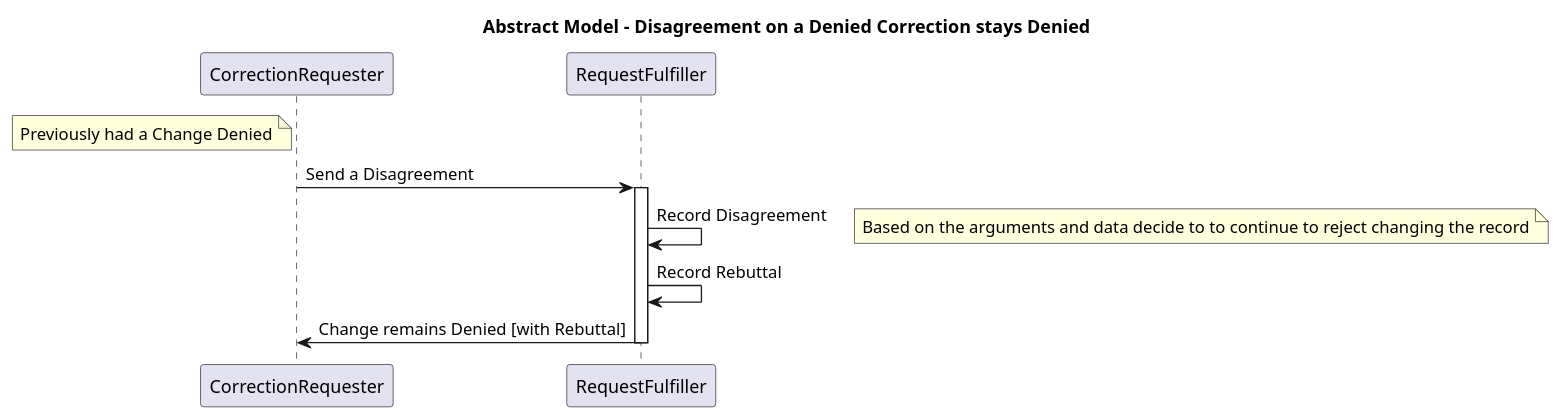
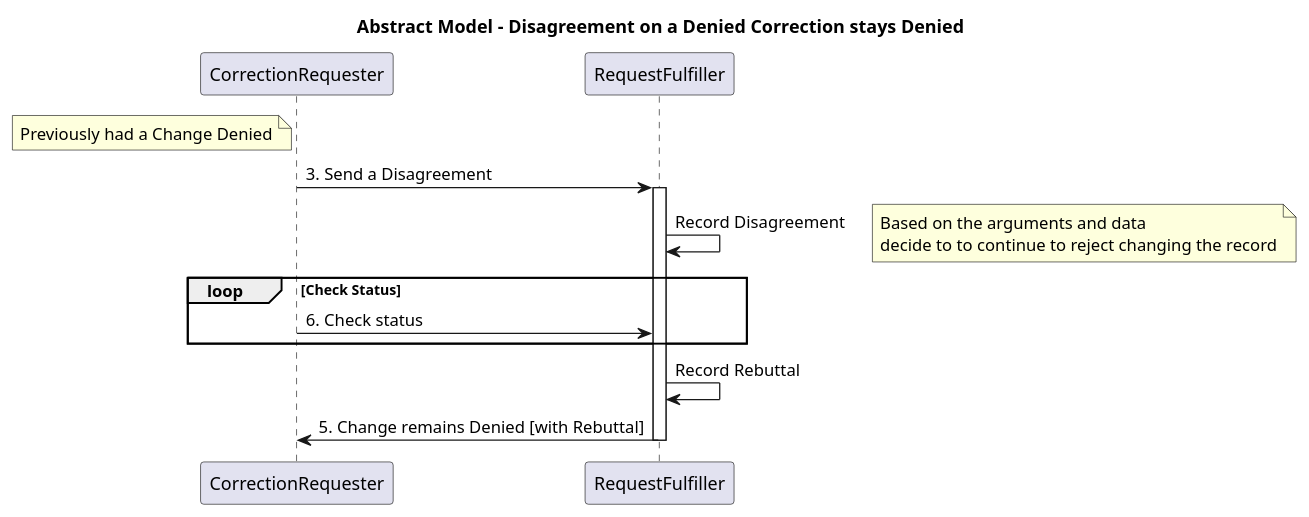
The diagram in input/images-source/use-case-3-b.plantuml (HL7/fhir-patient-correction), drawn with PlantUML before and after one commit. The commit also changed 7 other files, not shown here.

```diff
--- a/input/images-source/use-case-3-b.plantuml
+++ b/input/images-source/use-case-3-b.plantuml
@@ -1,19 +1,22 @@
 @startuml
 title Abstract Model - Disagreement on a Denied Correction stays Denied
 
 note left of CorrectionRequester
 Previously had a Change Denied
 end note
 
 
-CorrectionRequester->RequestFulfiller : Send a Disagreement
+CorrectionRequester->RequestFulfiller : 3. Send a Disagreement
 Activate RequestFulfiller
 RequestFulfiller->RequestFulfiller : Record Disagreement
+note right: Based on the arguments and data\ndecide to to continue to reject changing the record
+loop Check Status
+CorrectionRequester->RequestFulfiller : 6. Check status
+end
 
 
-note right: Based on the arguments and data decide to to continue to reject changing the record
 RequestFulfiller->RequestFulfiller: Record Rebuttal
-RequestFulfiller->CorrectionRequester: Change remains Denied [with Rebuttal]
+RequestFulfiller->CorrectionRequester: 5. Change remains Denied [with Rebuttal]
 Deactivate RequestFulfiller
 
 @enduml
```
